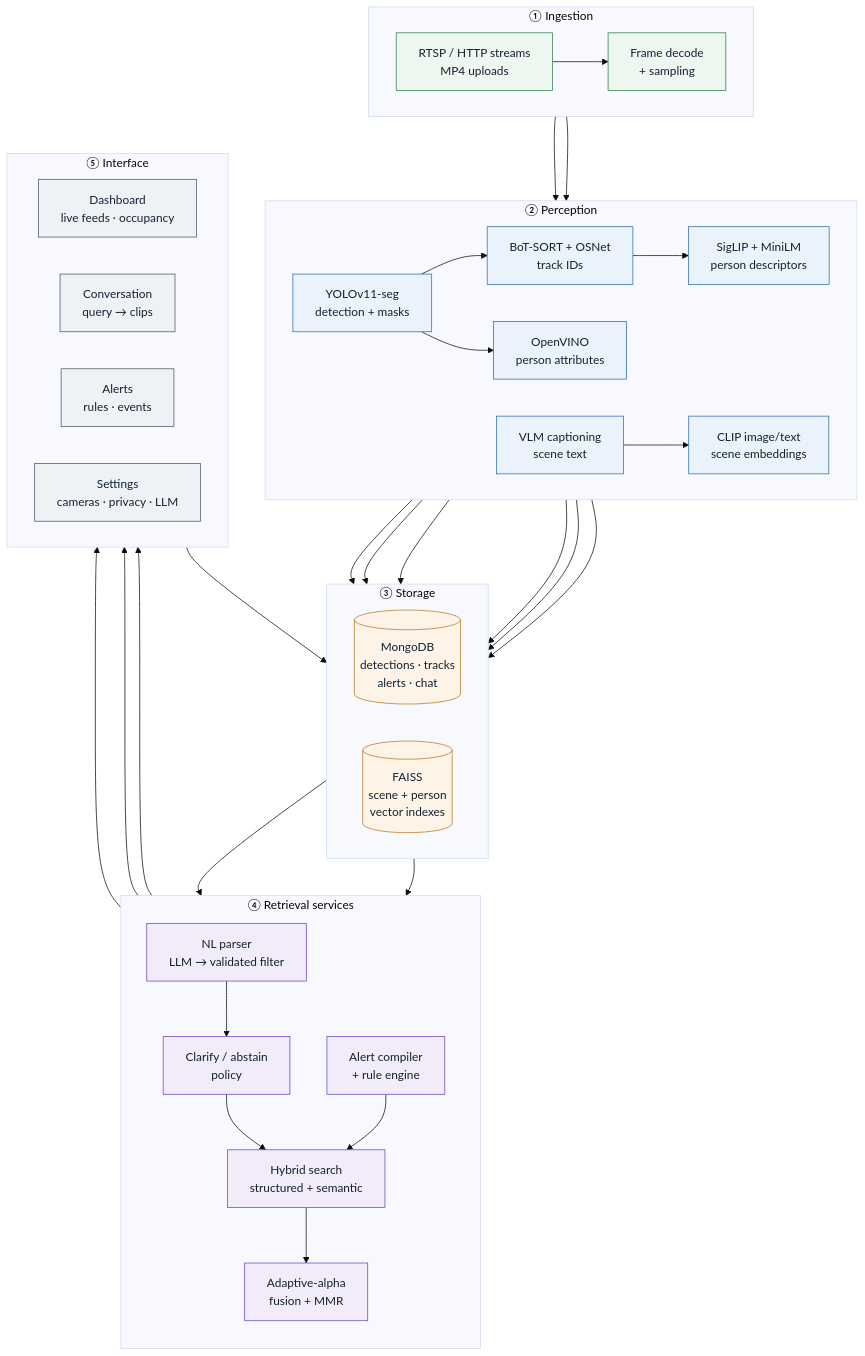
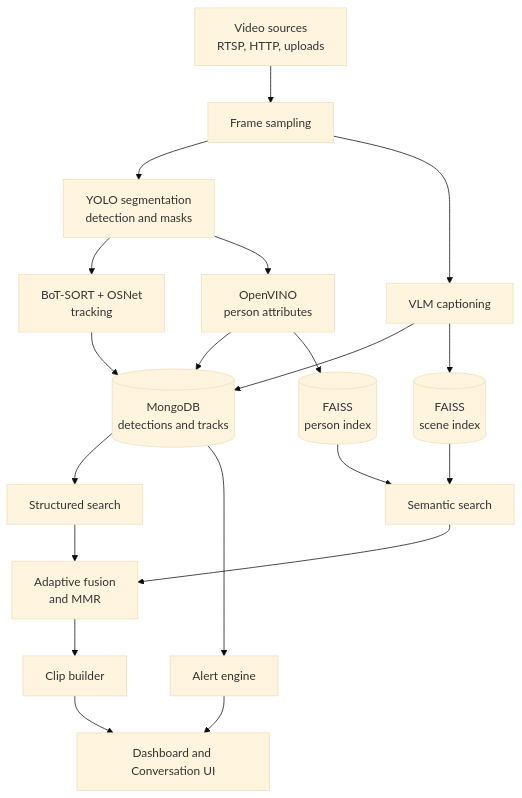
The first of 3 diagrams in README.md (sujalmh/AI-Powered-Surveillance-System-with-Natural-Language-based-Querying), drawn with Mermaid (base theme) before and after one commit. The commit also changed other lines of this file, not shown here.

First line of the commit message:
docs: simplify README and fix diagram rendering

````diff
--- a/README.md
+++ b/README.md
@@ -57,68 +32,24 @@
 ```mermaid
-flowchart TB
-    subgraph ING["① Ingestion"]
-        direction LR
-        SRC["RTSP / HTTP streams<br/>MP4 uploads"] --> DEC["Frame decode<br/>+ sampling"]
-    end
+flowchart TD
+    A["Video sources<br/>RTSP, HTTP, uploads"] --> B["Frame sampling"]
+    B --> C["YOLO segmentation<br/>detection and masks"]
+    C --> D["BoT-SORT + OSNet<br/>tracking"]
+    C --> E["OpenVINO<br/>person attributes"]
+    B --> F["VLM captioning"]
 
-    subgraph PER["② Perception"]
-        direction LR
-        DET["YOLOv11-seg<br/>detection + masks"] --> TRK["BoT-SORT + OSNet<br/>track IDs"]
-        DET --> ATT["OpenVINO<br/>person attributes"]
-        DEC --> CAP["VLM captioning<br/>scene text"]
-        TRK --> ENC["SigLIP + MiniLM<br/>person descriptors"]
-        CAP --> CLIP["CLIP image/text<br/>scene embeddings"]
-    end
+    D --> G[("MongoDB<br/>detections and tracks")]
+    E --> G
+    F --> G
+    E --> H[("FAISS<br/>person index")]
+    F --> I[("FAISS<br/>scene index")]
 
-    subgraph STO["③ Storage"]
-        direction LR
-        MDB[("MongoDB<br/>detections · tracks<br/>alerts · chat")]
-        FAISS[("FAISS<br/>scene + person<br/>vector indexes")]
-    end
-
-    subgraph SRV["④ Retrieval services"]
-        direction TB
-        NLP["NL parser<br/>LLM → validated filter"]
-        CLAR["Clarify / abstain<br/>policy"]
-        HYB["Hybrid search<br/>structured + semantic"]
-        FUSE["Adaptive-alpha<br/>fusion + MMR"]
-        ALERT["Alert compiler<br/>+ rule engine"]
-        NLP --> CLAR --> HYB --> FUSE
-        ALERT --> HYB
-    end
-
-    subgraph UI["⑤ Interface"]
-        direction LR
-        DASH["Dashboard<br/>live feeds · occupancy"]
-        CHAT["Conversation<br/>query → clips"]
-        ALERTS["Alerts<br/>rules · events"]
-        SET["Settings<br/>cameras · privacy · LLM"]
-    end
-
-    DEC --> DET
-    DET --> MDB
-    ATT --> MDB
-    TRK --> MDB
-    ENC --> FAISS
-    CLIP --> FAISS
-    CAP --> MDB
-
-    MDB --> HYB
-    FAISS --> HYB
-    FUSE --> CHAT
-    FUSE --> DASH
-    ALERT --> ALERTS
-    ALERTS --> MDB
-
-    classDef ingest fill:#eef6f0,stroke:#2e7d4f,stroke-width:1px,color:#123
-    classDef percep fill:#eaf2fb,stroke:#2b6cb0,stroke-width:1px,color:#123
-    classDef store  fill:#fdf3e7,stroke:#b7791f,stroke-width:1px,color:#123
-    classDef serv   fill:#f1ebfa,stroke:#6b46c1,stroke-width:1px,color:#123
-    classDef ui     fill:#eef2f5,stroke:#4a5568,stroke-width:1px,color:#123
-
-    class SRC,DEC ingest
-    class DET,TRK,ATT,CAP,ENC,CLIP percep
-    class MDB,FAISS store
-    class NLP,CLAR,HYB,FUSE,ALERT serv
-    class DASH,CHAT,ALERTS,SET ui
+    G --> J["Structured search"]
+    H --> K["Semantic search"]
+    I --> K
+    J --> L["Adaptive fusion<br/>and MMR"]
+    K --> L
+    L --> M["Clip builder"]
+    M --> N["Dashboard and Conversation UI"]
+    G --> O["Alert engine"]
+    O --> N
 ```
````
